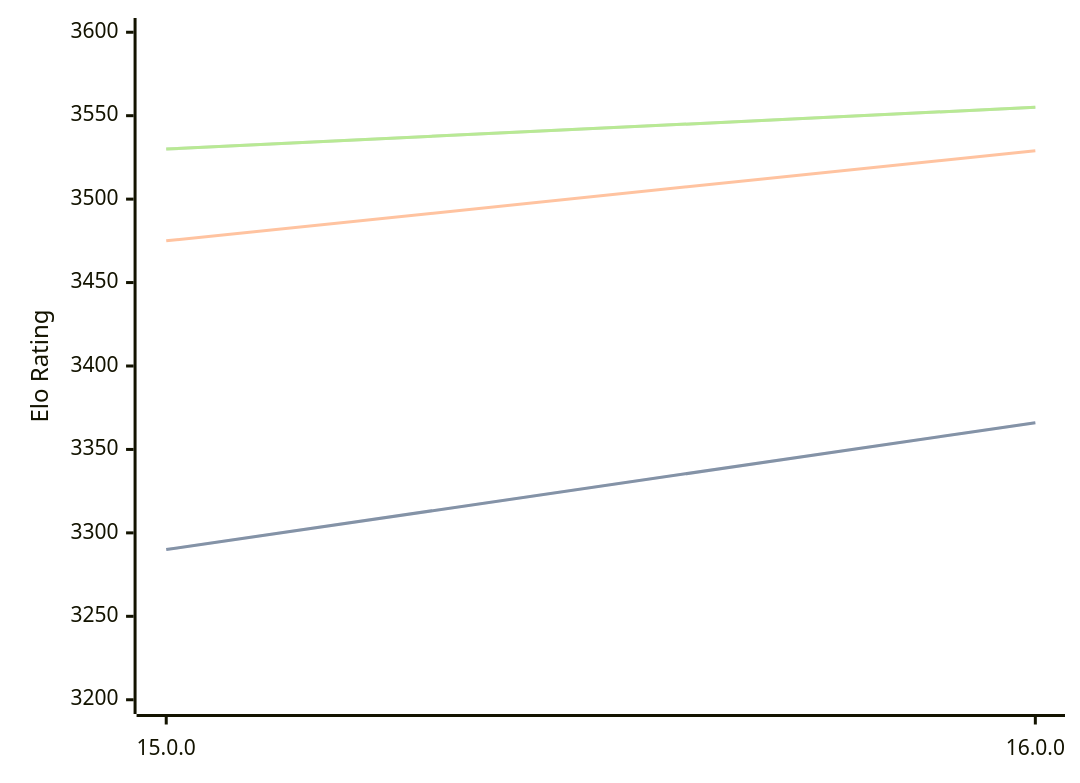
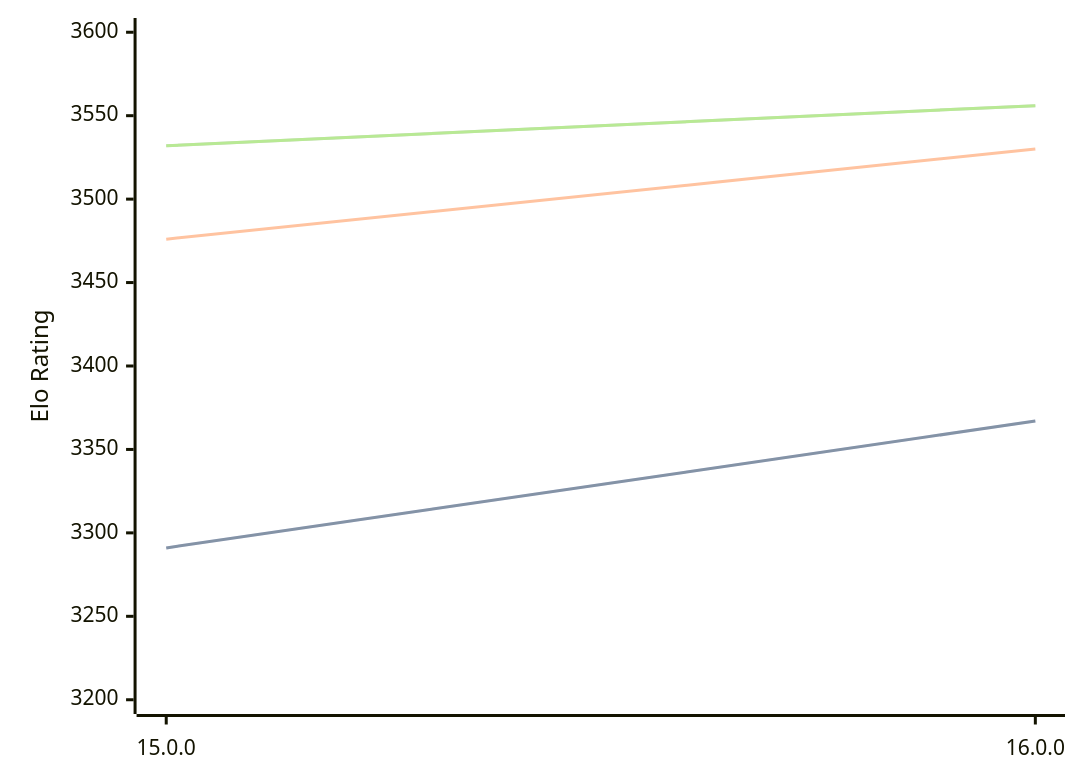
Before and after one commit to computer-chess-index/cci: the diagram in engines/Halogen.md, drawn with Mermaid. The commit also changed other lines of this file, not shown here.

Commit message:
Update CCI Ratings (ELO VLTC) - 2026-09-13

````diff
--- a/engines/Halogen.md
+++ b/engines/Halogen.md
@@ -32,11 +32,11 @@
 ```mermaid
 %%{init: {"theme":"base","themeVariables":{"seriesColors:['#a3a3a3','#222221','#faa371']}}}%%
 xychart-beta
   x-axis ["15.0.0", "16.0.0"]
   y-axis "Elo Rating" 3200 --> 3600
-  line "" [3290, 3366]
-  line "STC (8.0+0.08s)" [3290, 3366]
-  line "LTC (60.0+0.60s)" [3475, 3529]
-  line "" [3530, 3555]
-  line "VLTC (2m24s+1.12s)" [3530, 3555]
+  line "" [3291, 3367]
+  line "STC (8.0+0.08s)" [3291, 3367]
+  line "LTC (60.0+0.60s)" [3476, 3530]
+  line "" [3532, 3556]
+  line "VLTC (2m24s+1.12s)" [3532, 3556]
 ```
````
